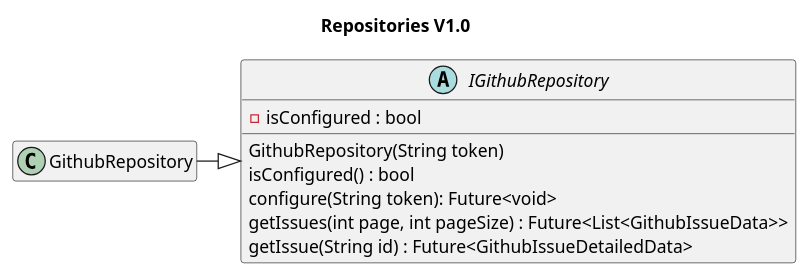
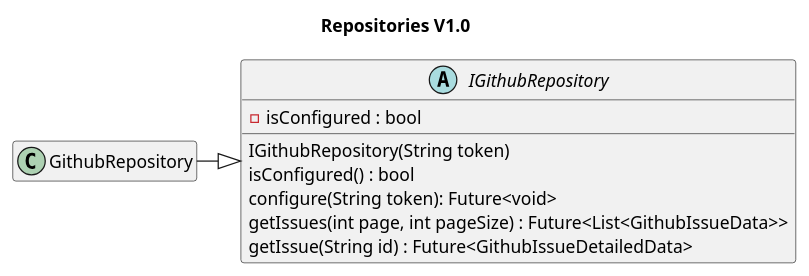
One commit to tathgergely/assessment changed the diagram in ios-github/documentation/uml/class diagrams/repositories.puml. Above: the diagram before and after it, drawn with PlantUML. The commit also changed 1 other file, not shown here.

```diff
--- a/ios-github/documentation/uml/class diagrams/repositories.puml
+++ b/ios-github/documentation/uml/class diagrams/repositories.puml
@@ -1,16 +1,16 @@
 @startuml repositories
 title Repositories V1.0
 hide empty members
 
 abstract Class IGithubRepository{
-    GithubRepository(String token)
+    IGithubRepository(String token)
     -isConfigured : bool
     isConfigured() : bool
     configure(String token): Future<void>
     getIssues(int page, int pageSize) : Future<List<GithubIssueData>>
     getIssue(String id) : Future<GithubIssueDetailedData>
 }
 class GithubRepository
 
 GithubRepository -|> IGithubRepository
 @enduml
```
